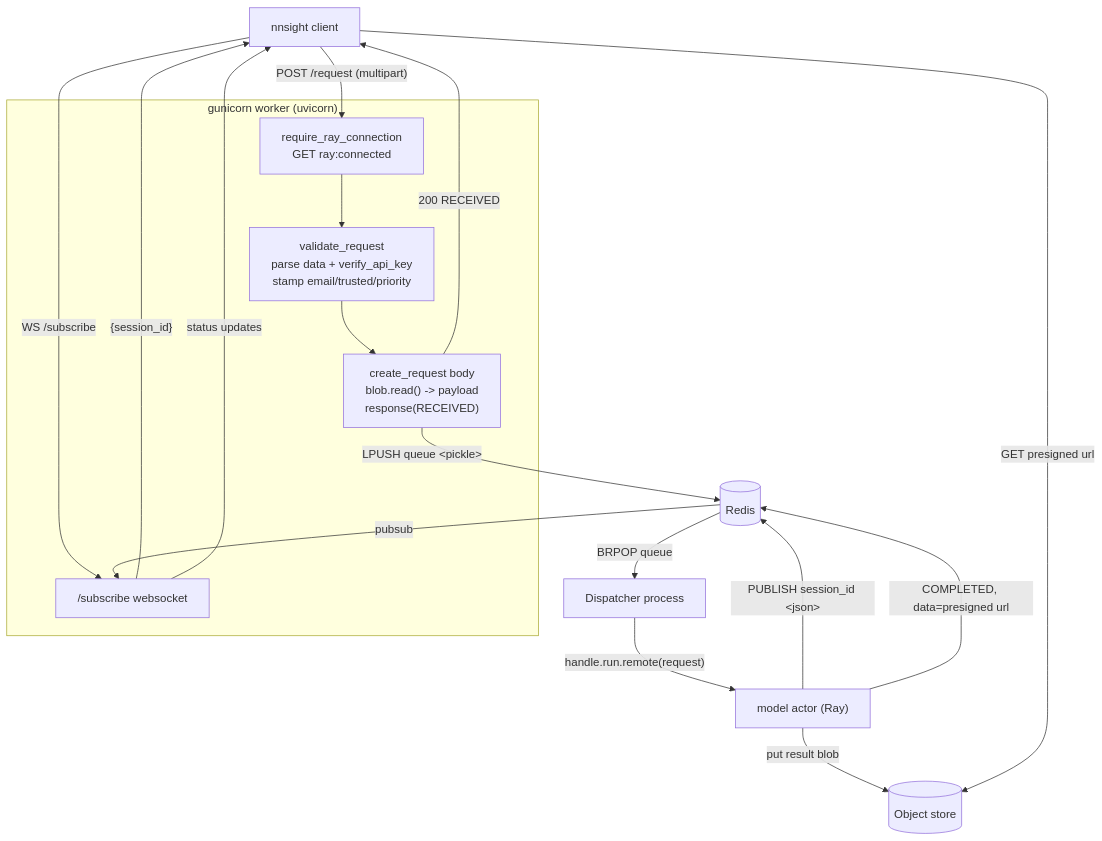
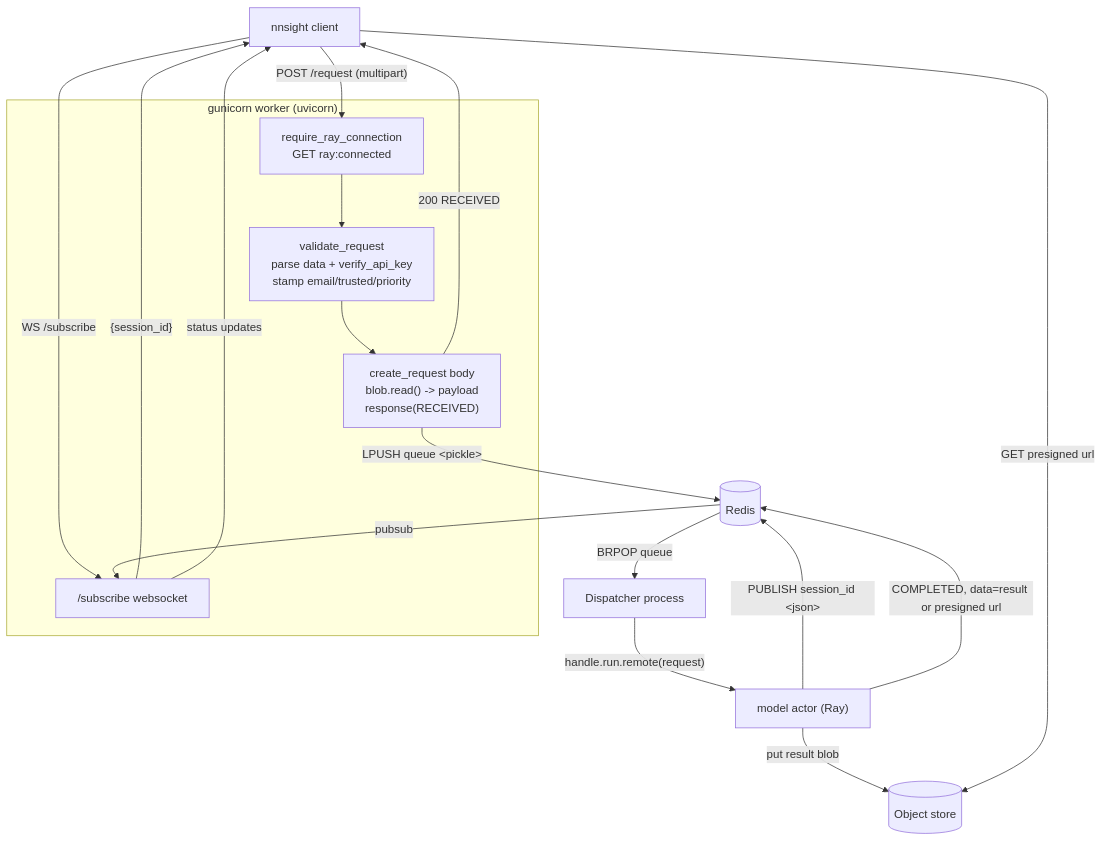
The diagram in docs/developing/api-service.md (ndif-team/ndif), drawn with Mermaid before and after one commit. The commit also changed other lines of this file and 10 other files, not shown here.

````diff
--- a/docs/developing/api-service.md
+++ b/docs/developing/api-service.md
@@ -192,27 +195,27 @@
 ```mermaid
 flowchart TB
   C["nnsight client"]
   subgraph W["gunicorn worker (uvicorn)"]
     D1["require_ray_connection<br/>GET ray:connected"]
     D2["validate_request<br/>parse data + verify_api_key<br/>stamp email/trusted/priority"]
     B["create_request body<br/>blob.read() -> payload<br/>response(RECEIVED)"]
     S["/subscribe websocket"]
   end
   R[("Redis")]
   DP["Dispatcher process"]
   MA["model actor (Ray)"]
   OS[("Object store")]
 
   C -- "WS /subscribe" --> S
   S -- "{session_id}" --> C
   C -- "POST /request (multipart)" --> D1 --> D2 --> B
   B -- "LPUSH queue &lt;pickle&gt;" --> R
   B -- "200 RECEIVED" --> C
   R -- "BRPOP queue" --> DP
   DP -- "handle.run.remote(request)" --> MA
   MA -- "PUBLISH session_id &lt;json&gt;" --> R
   R -- pubsub --> S -- "status updates" --> C
   MA -- "put result blob" --> OS
-  MA -- "COMPLETED, data=presigned url" --> R
+  MA -- "COMPLETED, data=result or presigned url" --> R
   C -- "GET presigned url" --> OS
 ```
````
